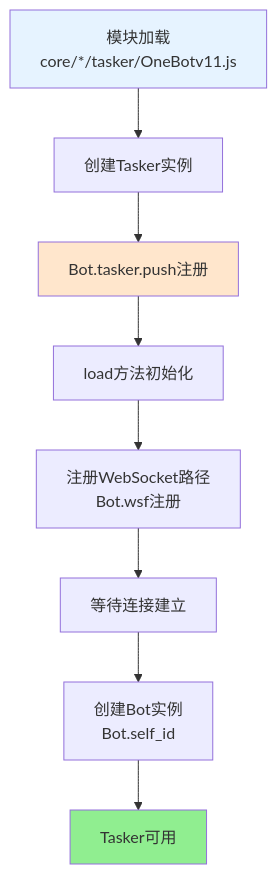
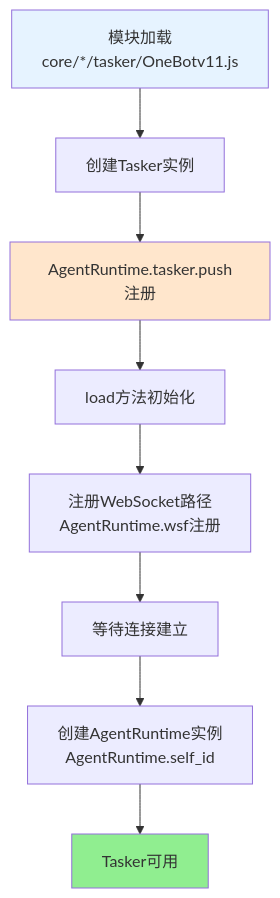
The second of 3 diagrams in docs/tasker-onebotv11.md (sunflowermm/XRK-AGT), drawn with Mermaid before and after one commit. The commit also changed other lines of this file and 315 other files, not shown here.

````diff
--- a/docs/tasker-onebotv11.md
+++ b/docs/tasker-onebotv11.md
@@ -210,14 +210,14 @@
 ```mermaid
 flowchart TB
     A[模块加载<br/>core/*/tasker/OneBotv11.js] --> B[创建Tasker实例]
-    B --> C[Bot.tasker.push注册]
+    B --> C[AgentRuntime.tasker.push注册]
     C --> D[load方法初始化]
-    D --> E[注册WebSocket路径<br/>Bot.wsf注册]
+    D --> E[注册WebSocket路径<br/>AgentRuntime.wsf注册]
     E --> F[等待连接建立]
-    F --> G[创建Bot实例<br/>Bot.self_id]
+    F --> G[创建AgentRuntime实例<br/>AgentRuntime.self_id]
     G --> H[Tasker可用]
     
     style A fill:#E6F3FF
     style C fill:#FFE6CC
     style H fill:#90EE90
 ```
````
